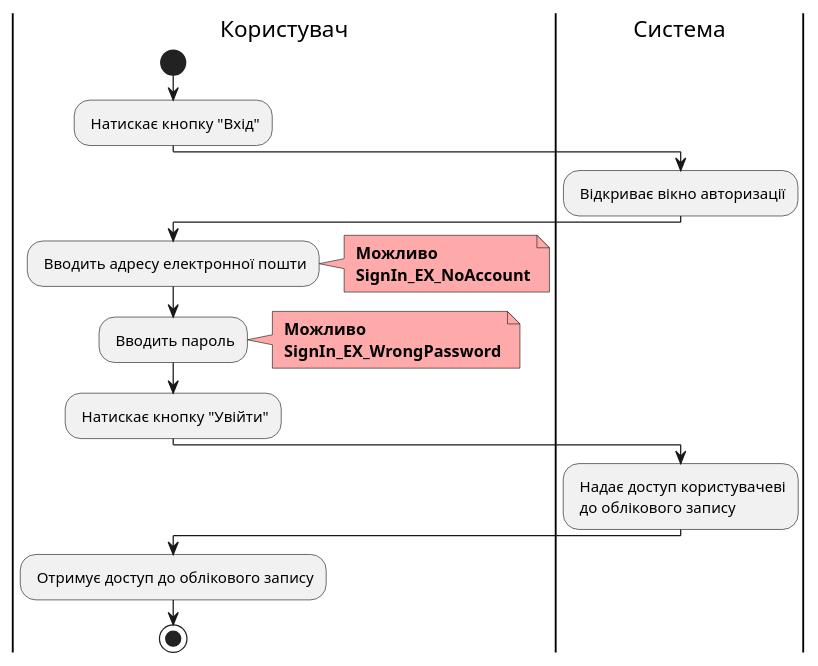
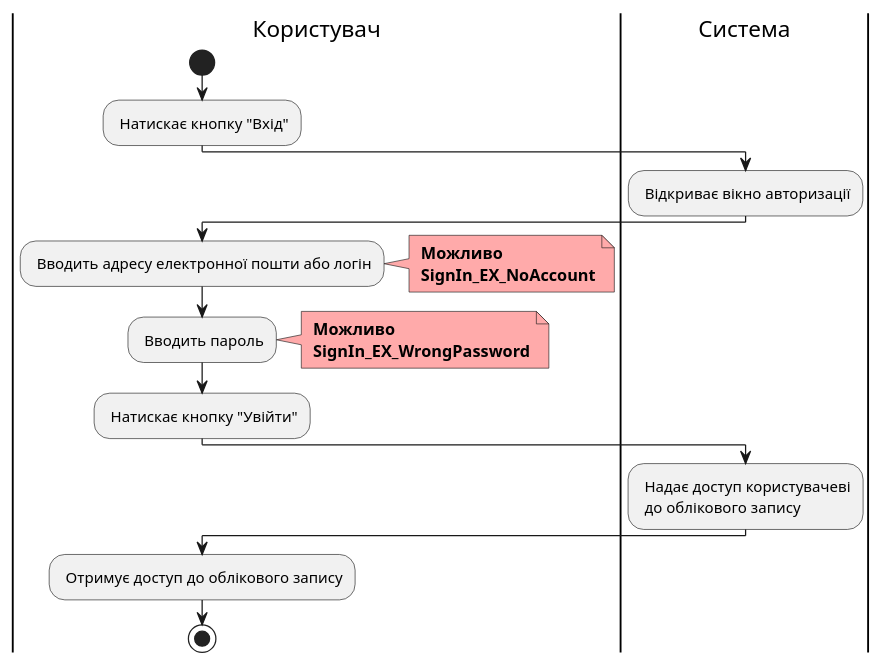
One commit to boldak/edu-db-cw changed the seventh of 19 diagrams in docs/use cases/README.md. Above: the diagram before and after it, drawn with PlantUML. The commit also changed other lines of this file and 1 other file, not shown here.

```diff
--- a/docs/use cases/README.md
+++ b/docs/use cases/README.md
@@ -368,34 +368,34 @@
 @startuml
     
     |Користувач|
     start
     : Натискає кнопку "Вхід";
     
     |Система|
     : Відкриває вікно авторизації;
     
     |Користувач|
-    : Вводить адресу електронної пошти;
+    : Вводить адресу електронної пошти або логін;
     note right #ffaaaa
     <b> Можливо
     <b> SignIn_EX_NoAccount
     end note
         
     |Користувач|
     : Вводить пароль;
     note right #ffaaaa
     <b> Можливо
     <b> SignIn_EX_WrongPassword
     end note
     
     |Користувач|
     : Натискає кнопку "Увійти";
     
     |Система|
     : Надає доступ користувачеві\n до облікового запису;
     
     |Користувач|
     : Отримує доступ до облікового запису;
     stop;
     
 @enduml
```
